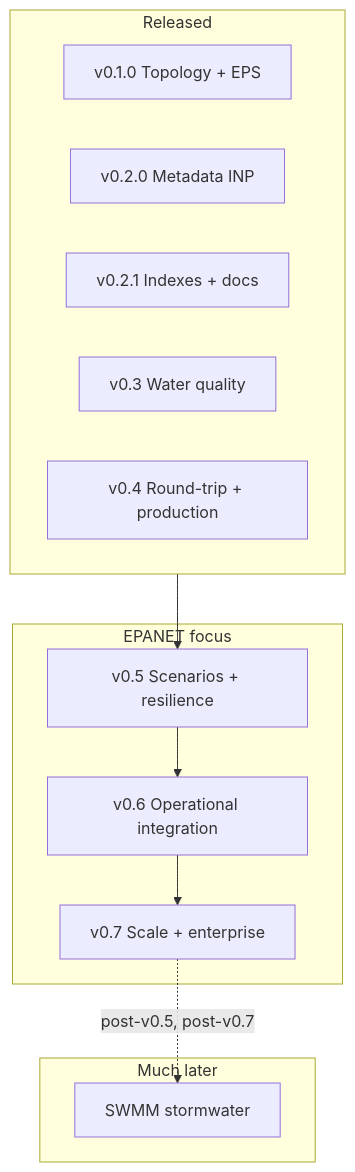
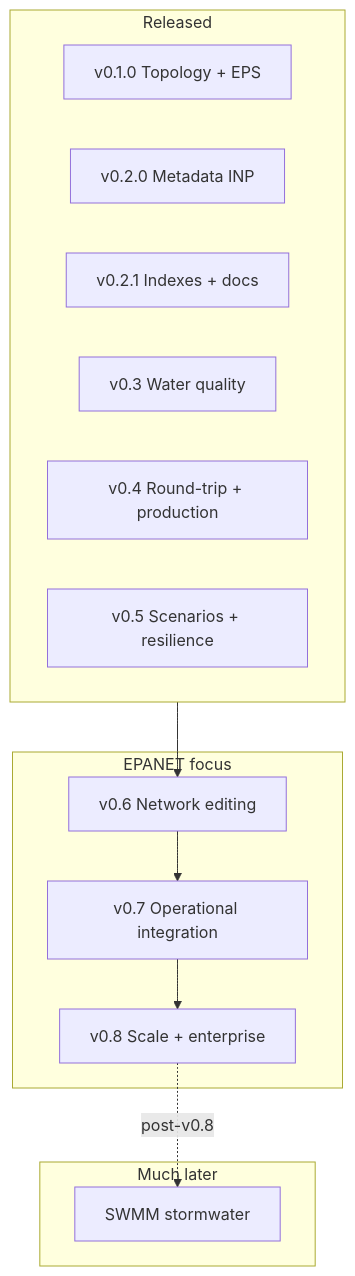
Before and after one commit to danimarindev/pg_epanet: the diagram in ROADMAP.md, drawn with Mermaid. The commit also changed other lines of this file and 8 other files, not shown here.

````diff
--- a/ROADMAP.md
+++ b/ROADMAP.md
@@ -29,20 +29,21 @@
 ```mermaid
 flowchart TB
   subgraph done [Released]
     v01[v0.1.0 Topology + EPS]
     v02[v0.2.0 Metadata INP]
     v021[v0.2.1 Indexes + docs]
     v03[v0.3 Water quality]
     v04[v0.4 Round-trip + production]
+    v05[v0.5 Scenarios + resilience]
   end
   subgraph epanet_core [EPANET focus]
-    v05[v0.5 Scenarios + resilience]
-    v06[v0.6 Operational integration]
-    v07[v0.7 Scale + enterprise]
+    v06[v0.6 Network editing]
+    v07[v0.7 Operational integration]
+    v08[v0.8 Scale + enterprise]
   end
   subgraph horizon [Much later]
     swmm[SWMM stormwater]
   end
-  done --> v05 --> v06 --> v07
-  v07 -.->|"post-v0.5, post-v0.7"| swmm
+  done --> v06 --> v07 --> v08
+  v08 -.->|"post-v0.8"| swmm
 ```
````
